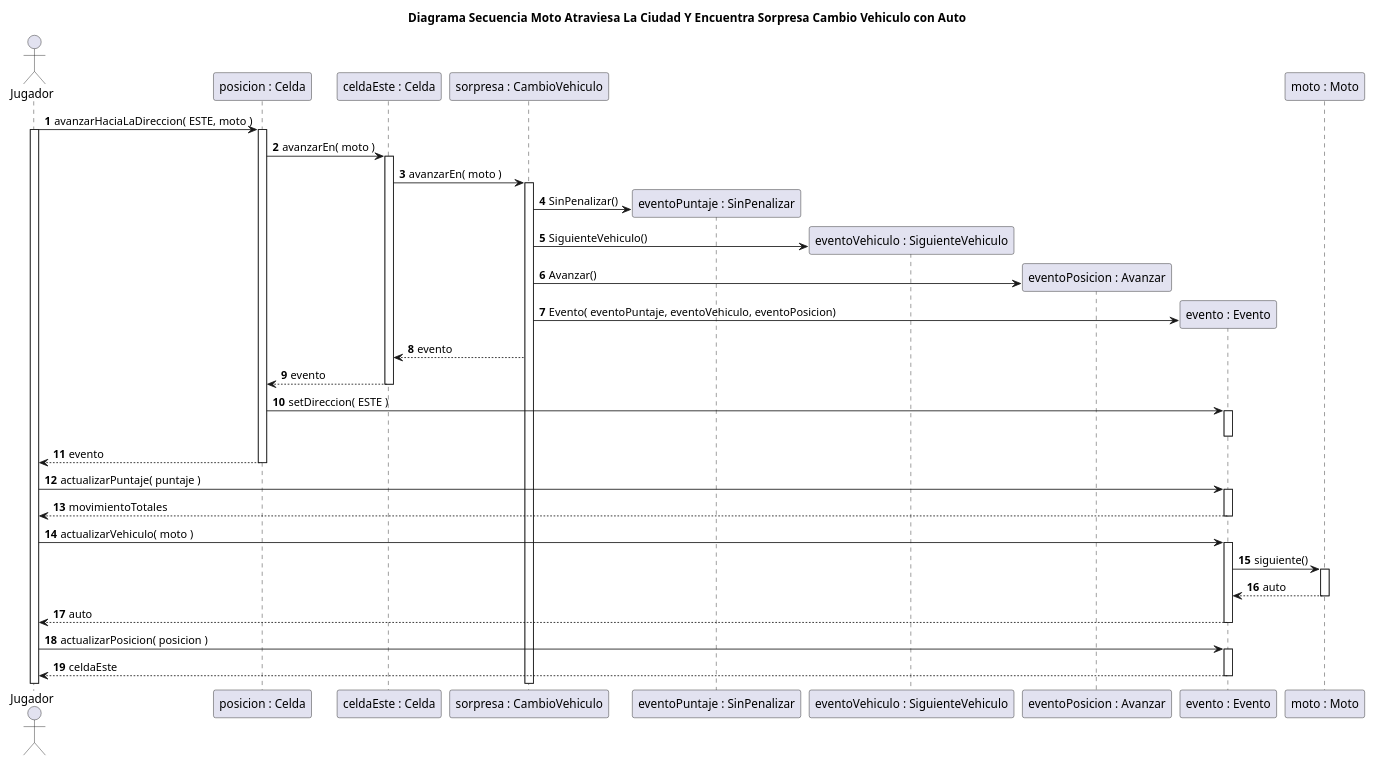
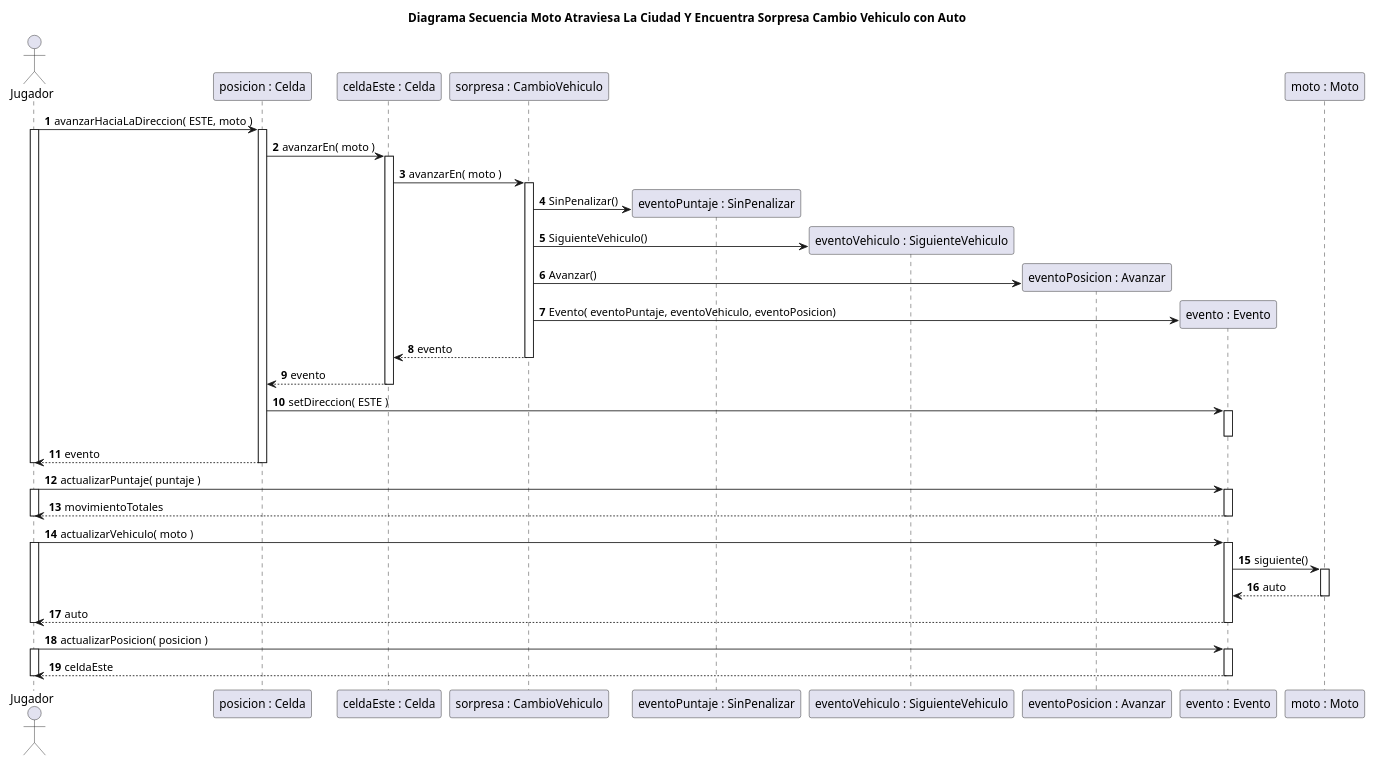
The diagram in diagrams/sequences/entrega2/CasoMotoAtraviesaLaCiudadYEncuentraSorpresaCambioVehiculoConAuto.puml (rodrigovzq/algo3_tp2), drawn with PlantUML before and after one commit. The commit also changed 24 other files, not shown here.

Commit message:
Detalles de Diagramas Mejorado

```diff
--- a/diagrams/sequences/entrega2/CasoMotoAtraviesaLaCiudadYEncuentraSorpresaCambioVehiculoConAuto.puml
+++ b/diagrams/sequences/entrega2/CasoMotoAtraviesaLaCiudadYEncuentraSorpresaCambioVehiculoConAuto.puml
@@ -1,50 +1,57 @@
 @startuml
 title Diagrama Secuencia Moto Atraviesa La Ciudad Y Encuentra Sorpresa Cambio Vehiculo con Auto
 
 autonumber
 
 actor Jugador
 
 Jugador -> "posicion : Celda"++: avanzarHaciaLaDireccion( ESTE, moto )
 
 activate Jugador
 "posicion : Celda" -> "celdaEste : Celda"++: avanzarEn( moto )
 
 
 "celdaEste : Celda" -> "sorpresa : CambioVehiculo"++: avanzarEn( moto )
 
 create "eventoPuntaje : SinPenalizar"
 "sorpresa : CambioVehiculo"-> "eventoPuntaje : SinPenalizar": SinPenalizar()
 
 create "eventoVehiculo : SiguienteVehiculo"
 "sorpresa : CambioVehiculo" -> "eventoVehiculo : SiguienteVehiculo": SiguienteVehiculo()
 
 create "eventoPosicion : Avanzar"
 "sorpresa : CambioVehiculo"  -> "eventoPosicion : Avanzar": Avanzar()
 
 create "evento : Evento"
 "sorpresa : CambioVehiculo"  -> "evento : Evento": Evento( eventoPuntaje, eventoVehiculo, eventoPosicion)
 
 "sorpresa : CambioVehiculo" --> "celdaEste : Celda": evento
-
+deactivate "sorpresa : CambioVehiculo"
 "celdaEste : Celda" --> "posicion : Celda": evento
 deactivate "celdaEste : Celda"
 
 "posicion : Celda" -> "evento : Evento"++: setDireccion( ESTE )
 deactivate "evento : Evento"
 "posicion : Celda" --> Jugador--: evento
+deactivate Jugador
 
 
 Jugador -> "evento : Evento"++: actualizarPuntaje( puntaje )
+activate Jugador
 Jugador <-- "evento : Evento"--: movimientoTotales
+deactivate Jugador
 
 Jugador -> "evento : Evento"++: actualizarVehiculo( moto )
+activate Jugador
 "evento : Evento" -> "moto : Moto"++: siguiente()
- "moto : Moto" --> "evento : Evento"--: auto
+"moto : Moto" --> "evento : Evento"--: auto
+Jugador <-- "evento : Evento"--: auto
+deactivate Jugador
 
-Jugador <-- "evento : Evento"--: auto
 
 Jugador -> "evento : Evento"++: actualizarPosicion( posicion )
+activate Jugador
 Jugador <-- "evento : Evento"--: celdaEste
+deactivate Jugador
 
 @enduml
```
